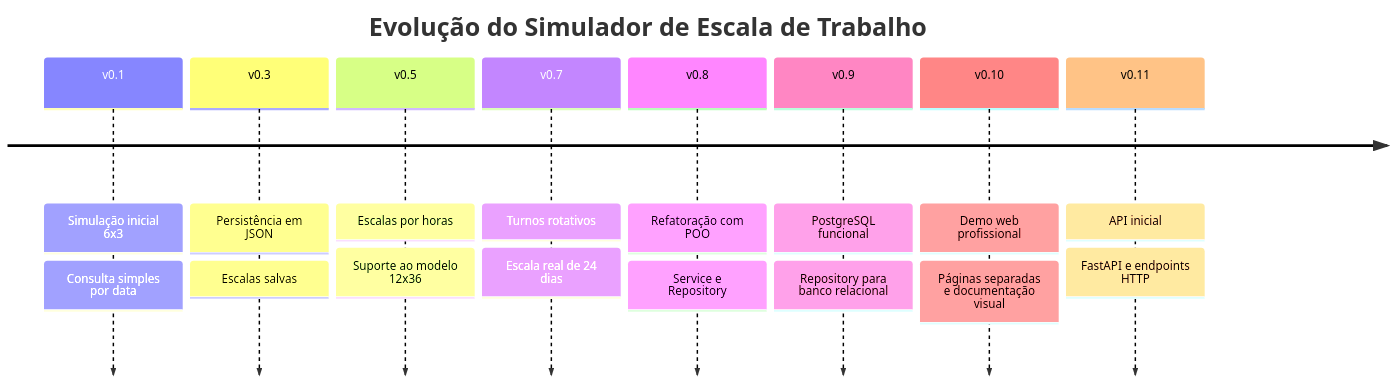
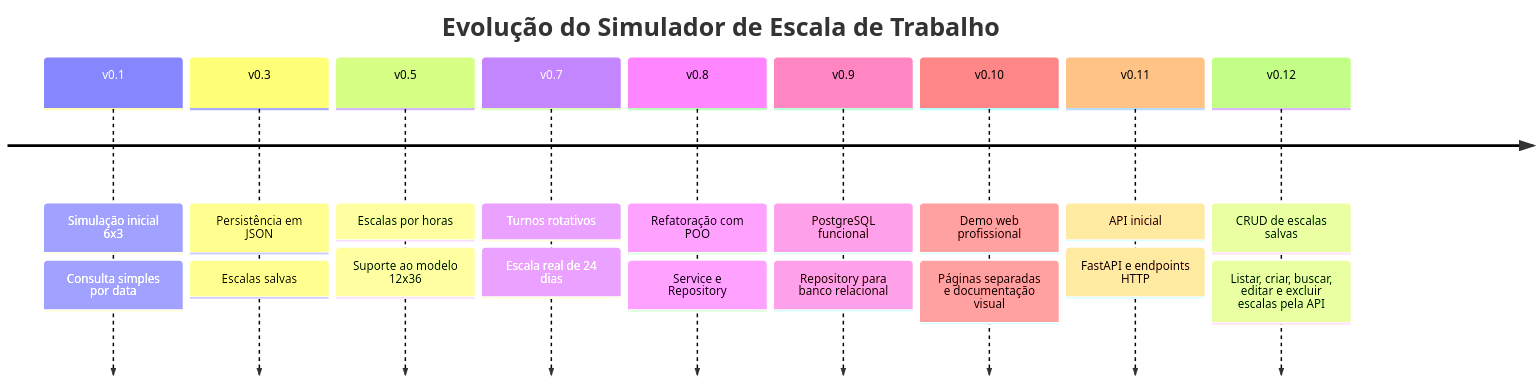
The first of 4 diagrams in README.md (Dinox75/simulador-escala-trabalho), drawn with Mermaid before and after one commit. The commit also changed other lines of this file, not shown here.

````diff
--- a/README.md
+++ b/README.md
@@ -142,20 +160,22 @@
 ```mermaid
 timeline
     title Evolução do Simulador de Escala de Trabalho
     v0.1 : Simulação inicial 6x3
          : Consulta simples por data
     v0.3 : Persistência em JSON
          : Escalas salvas
     v0.5 : Escalas por horas
          : Suporte ao modelo 12x36
     v0.7 : Turnos rotativos
          : Escala real de 24 dias
     v0.8 : Refatoração com POO
          : Service e Repository
     v0.9 : PostgreSQL funcional
          : Repository para banco relacional
     v0.10 : Demo web profissional
           : Páginas separadas e documentação visual
     v0.11 : API inicial
           : FastAPI e endpoints HTTP
+    v0.12 : CRUD de escalas salvas
+          : Listar, criar, buscar, editar e excluir escalas pela API
 ```
````
